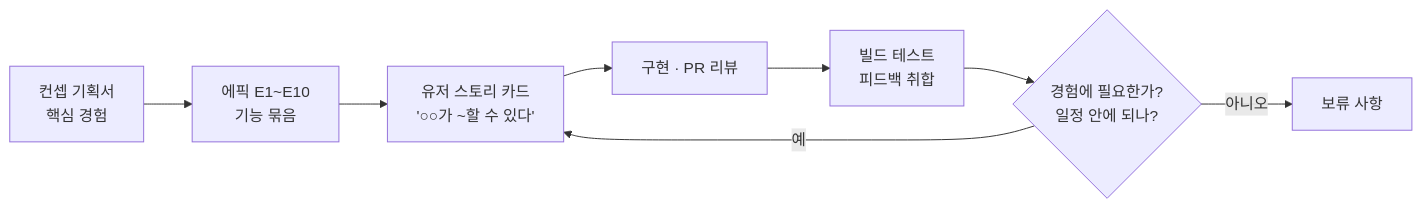
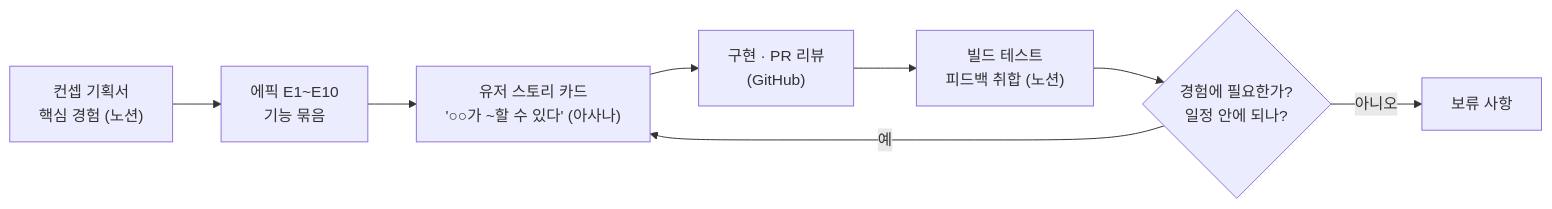
The first of 5 diagrams in src/1-hive-purge/기술문서.md (Lets-Gitit/portfolio-test), drawn with Mermaid before and after one commit. The commit also changed other lines of this file and 1 other file, not shown here.

````diff
--- a/src/1-hive-purge/기술문서.md
+++ b/src/1-hive-purge/기술문서.md
@@ -45,10 +75,10 @@
 ```mermaid
 flowchart LR
-    A["컨셉 기획서<br/>핵심 경험"] --> B["에픽 E1~E10<br/>기능 묶음"]
-    B --> C["유저 스토리 카드<br/>'○○가 ~할 수 있다'"]
-    C --> D["구현 · PR 리뷰"]
-    D --> E["빌드 테스트<br/>피드백 취합"]
+    A["컨셉 기획서<br/>핵심 경험 (노션)"] --> B["에픽 E1~E10<br/>기능 묶음"]
+    B --> C["유저 스토리 카드<br/>'○○가 ~할 수 있다' (아사나)"]
+    C --> D["구현 · PR 리뷰<br/>(GitHub)"]
+    D --> E["빌드 테스트<br/>피드백 취합 (노션)"]
     E --> F{"경험에 필요한가?<br/>일정 안에 되나?"}
     F -->|"예"| C
     F -->|"아니오"| G["보류 사항"]
 ```
````
